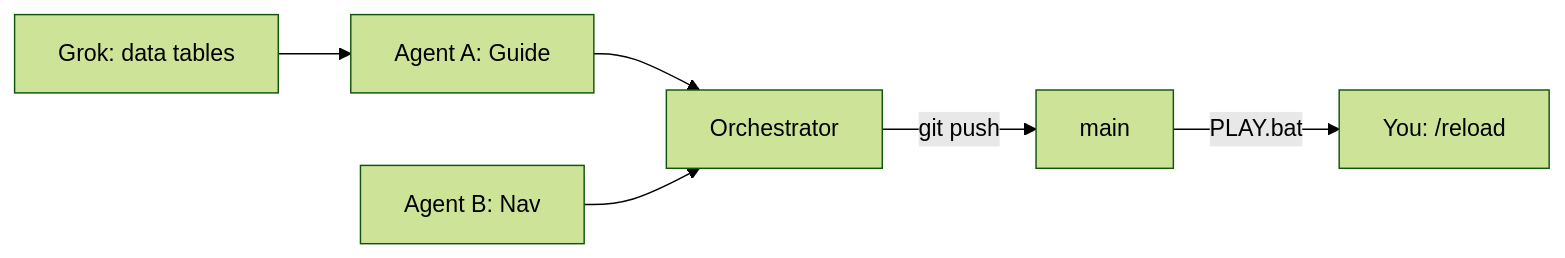
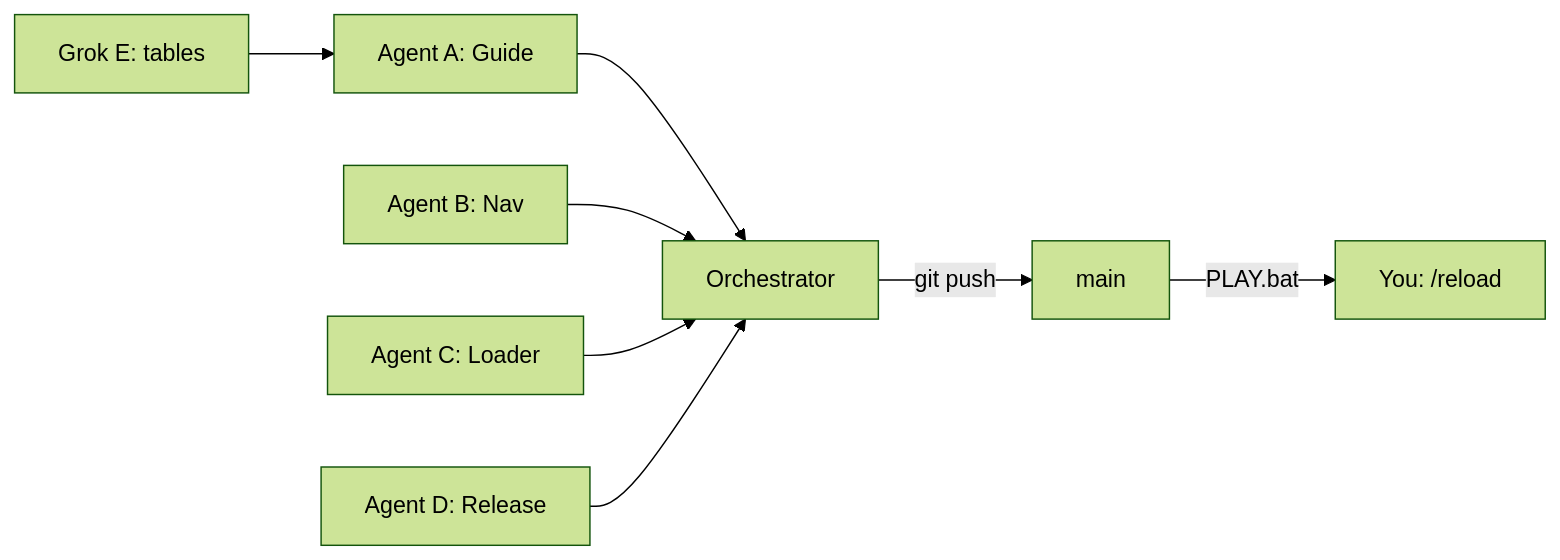
Before and after one commit to zakksu/Warmane-WoW: the diagram in Docs/TASK_DIVISION.md, drawn with Mermaid (forest theme). The commit also changed other lines of this file and 25 other files, not shown here.

````diff
--- a/Docs/TASK_DIVISION.md
+++ b/Docs/TASK_DIVISION.md
@@ -93,8 +191,10 @@
 ```mermaid
 flowchart LR
   A[Agent A: Guide] --> O[Orchestrator]
   B[Agent B: Nav] --> O
-  C[Grok: data tables] --> A
+  C[Agent C: Loader] --> O
+  D[Agent D: Release] --> O
+  E[Grok E: tables] --> A
   O -->|git push| R[main]
   R -->|PLAY.bat| You[You: /reload]
 ```
````
